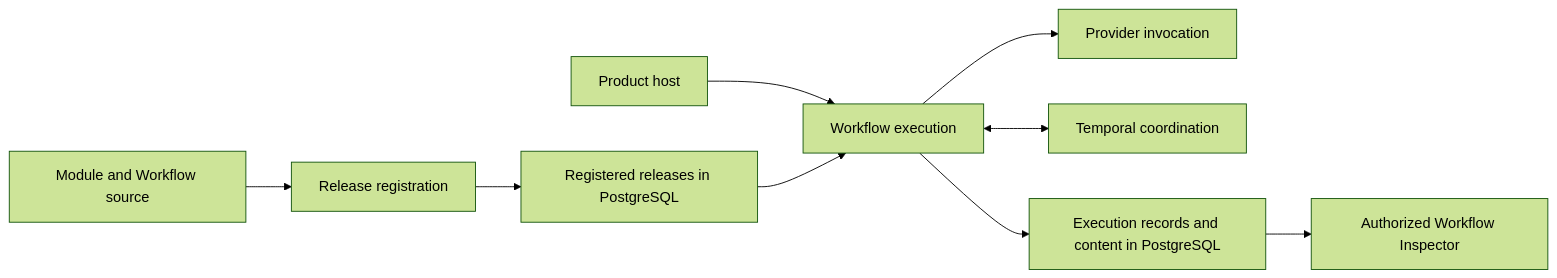
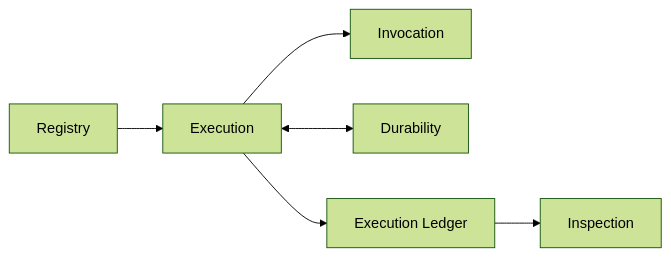
Before and after one commit to bobaoai/agent_runtime: the first of 4 diagrams in src/agent_runtime/design_contract/agent_runtime_06_standalone_package_and_lifecycle_contract.md, drawn with Mermaid (forest theme). The commit also changed other lines of this file and 53 other files, not shown here.

First line of the commit message:
refactor: separate runtime architecture axes

````diff
--- a/src/agent_runtime/design_contract/agent_runtime_06_standalone_package_and_lifecycle_contract.md
+++ b/src/agent_runtime/design_contract/agent_runtime_06_standalone_package_and_lifecycle_contract.md
@@ -93,11 +93,8 @@
 ```mermaid
 flowchart LR
-    SOURCE["Module and Workflow source"] --> REGISTRY["Release registration"]
-    REGISTRY --> RELEASES["Registered releases in PostgreSQL"]
-    HOST["Product host"] --> EXECUTION["Workflow execution"]
-    RELEASES --> EXECUTION
-    EXECUTION --> PROVIDER["Provider invocation"]
-    EXECUTION <--> TEMPORAL["Temporal coordination"]
-    EXECUTION --> RECORDS["Execution records and content in PostgreSQL"]
-    RECORDS --> REVIEW["Authorized Workflow Inspector"]
+    REGISTRY["Registry"] --> EXECUTION["Execution"]
+    EXECUTION --> INVOCATION["Invocation"]
+    EXECUTION <--> DURABILITY["Durability"]
+    EXECUTION --> LEDGER["Execution Ledger"]
+    LEDGER --> INSPECTION["Inspection"]
 ```
````
